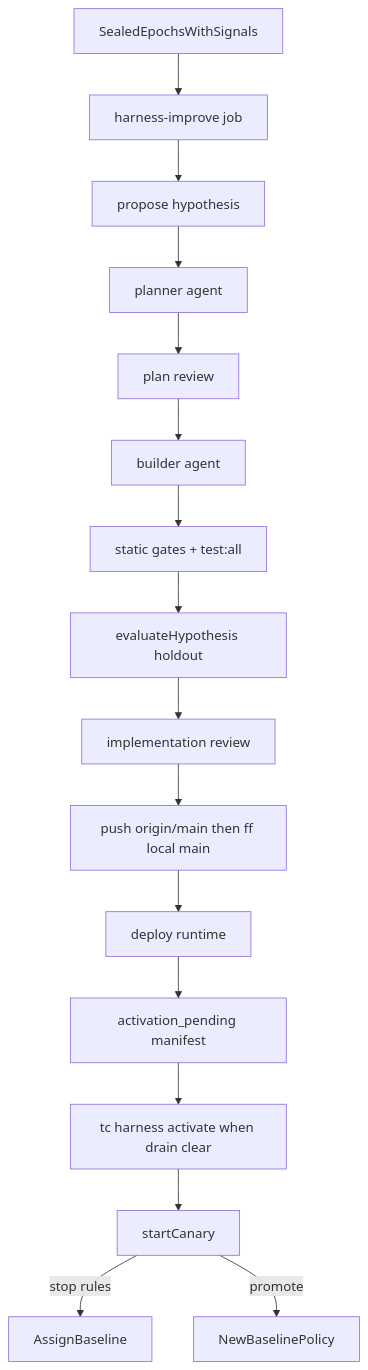
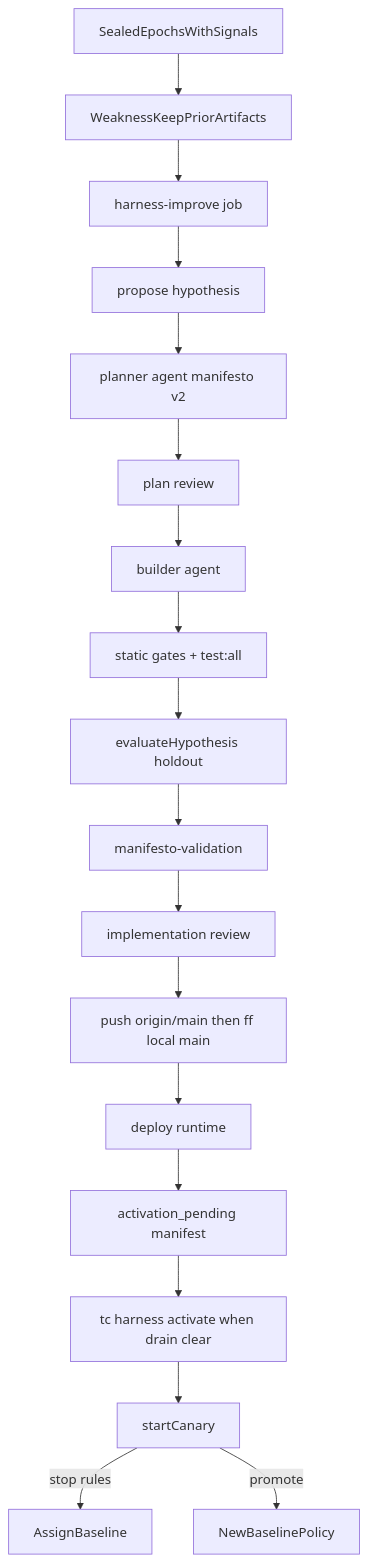
Before and after one commit to KekusPraeclarus/trenchcoat: the first of 2 diagrams in docs/architecture/harness-improvement.md, drawn with Mermaid. The commit also changed other lines of this file and 75 other files, not shown here.

````diff
--- a/docs/architecture/harness-improvement.md
+++ b/docs/architecture/harness-improvement.md
@@ -20,18 +23,20 @@
 ```mermaid
 flowchart TD
-  sealed[SealedEpochsWithSignals] --> job[harness-improve job]
+  sealed[SealedEpochsWithSignals] --> mine[WeaknessKeepPriorArtifacts]
+  mine --> job[harness-improve job]
   job --> propose[propose hypothesis]
-  propose --> plan[planner agent]
+  propose --> plan[planner agent manifesto v2]
   plan --> planReview[plan review]
   planReview --> build[builder agent]
   build --> static[static gates + test:all]
   static --> holdout[evaluateHypothesis holdout]
-  holdout --> implReview[implementation review]
+  holdout --> manifesto[manifesto-validation]
+  manifesto --> implReview[implementation review]
   implReview --> integrate[push origin/main then ff local main]
   integrate --> deploy[deploy runtime]
   deploy --> pending[activation_pending manifest]
   pending --> activate[tc harness activate when drain clear]
   activate --> canary[startCanary]
   canary -->|stop rules| rollback[AssignBaseline]
   canary -->|promote| baseline[NewBaselinePolicy]
 ```
````
